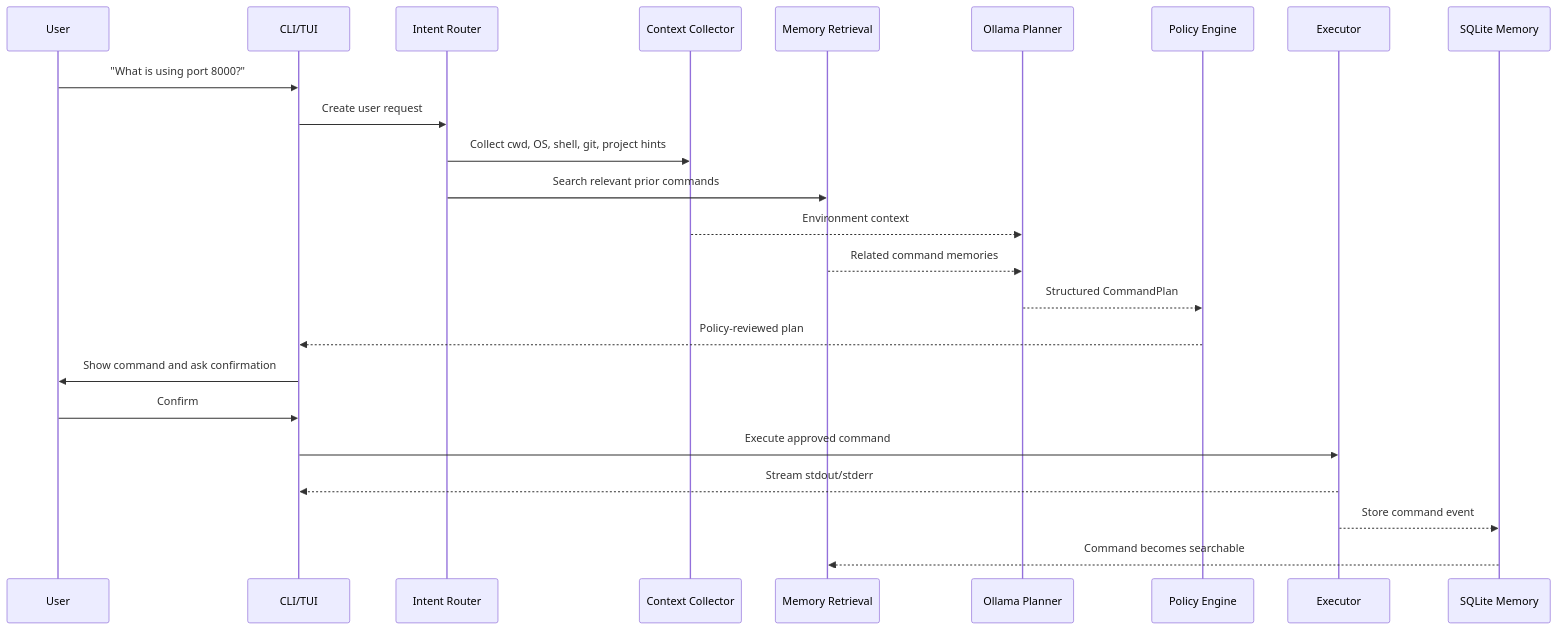
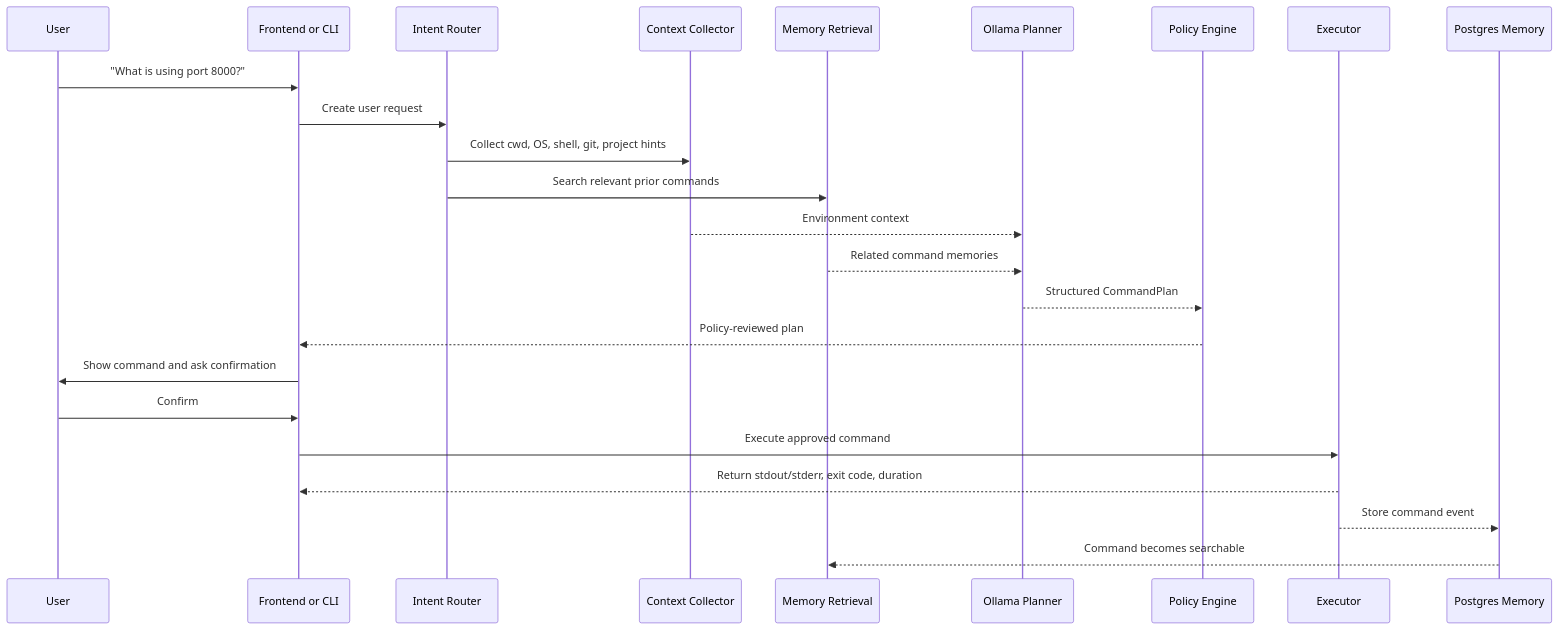
One commit to harshitgupta1998/cli-agent changed the second of 3 diagrams in local_terminal_agent_system_design.md. Above: the diagram before and after it, drawn with Mermaid. The commit also changed other lines of this file and 13 other files, not shown here.

````diff
--- a/local_terminal_agent_system_design.md
+++ b/local_terminal_agent_system_design.md
@@ -99,27 +108,27 @@
 ```mermaid
 sequenceDiagram
     participant U as User
-    participant UI as CLI/TUI
+    participant UI as Frontend or CLI
     participant R as Intent Router
     participant C as Context Collector
     participant M as Memory Retrieval
     participant L as Ollama Planner
     participant P as Policy Engine
     participant X as Executor
-    participant DB as SQLite Memory
+    participant DB as Postgres Memory
 
     U->>UI: "What is using port 8000?"
     UI->>R: Create user request
     R->>C: Collect cwd, OS, shell, git, project hints
     R->>M: Search relevant prior commands
     C-->>L: Environment context
     M-->>L: Related command memories
     L-->>P: Structured CommandPlan
     P-->>UI: Policy-reviewed plan
     UI->>U: Show command and ask confirmation
     U->>UI: Confirm
     UI->>X: Execute approved command
-    X-->>UI: Stream stdout/stderr
+    X-->>UI: Return stdout/stderr, exit code, duration
     X-->>DB: Store command event
     DB-->>M: Command becomes searchable
 ```
````
